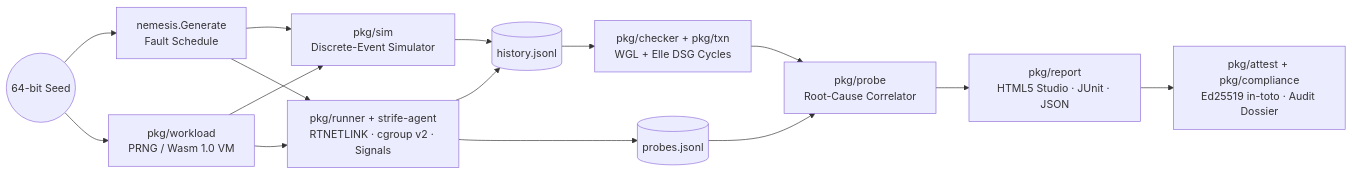
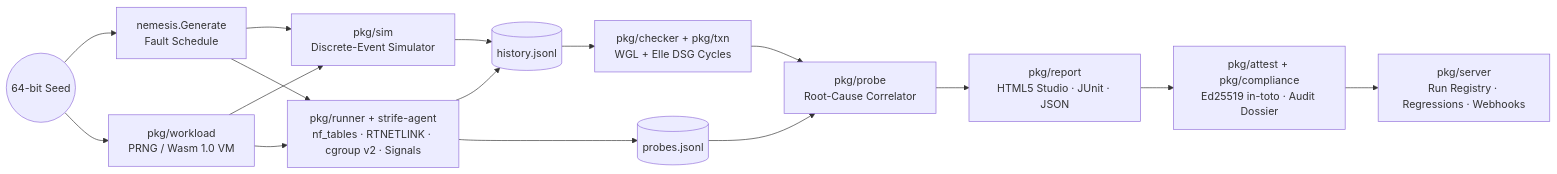
The diagram in README.md (Kemalhafizh/strife), drawn with Mermaid before and after one commit. The commit also changed other lines of this file and 5 other files, not shown here.

First line of the commit message:
Document native partitions, Kubernetes host faults, the checker and the run registry

````diff
--- a/README.md
+++ b/README.md
@@ -414,17 +439,18 @@
 ```mermaid
 flowchart LR
   seed(("64-bit Seed")) --> sched["nemesis.Generate<br/>Fault Schedule"]
   seed --> wl["pkg/workload<br/>PRNG / Wasm 1.0 VM"]
   sched --> simw["pkg/sim<br/>Discrete-Event Simulator"]
   wl --> simw
-  sched --> live["pkg/runner + strife-agent<br/>RTNETLINK · cgroup v2 · Signals"]
+  sched --> live["pkg/runner + strife-agent<br/>nf_tables · RTNETLINK · cgroup v2 · Signals"]
   wl --> live
   simw --> hist[("history.jsonl")]
   live --> hist
   live --> probes[("probes.jsonl")]
   hist --> chk["pkg/checker + pkg/txn<br/>WGL + Elle DSG Cycles"]
   probes --> corr["pkg/probe<br/>Root-Cause Correlator"]
   chk --> corr
   corr --> rep["pkg/report<br/>HTML5 Studio · JUnit · JSON"]
   rep --> att["pkg/attest + pkg/compliance<br/>Ed25519 in-toto · Audit Dossier"]
+  att --> reg["pkg/server<br/>Run Registry · Regressions · Webhooks"]
 ```
````
